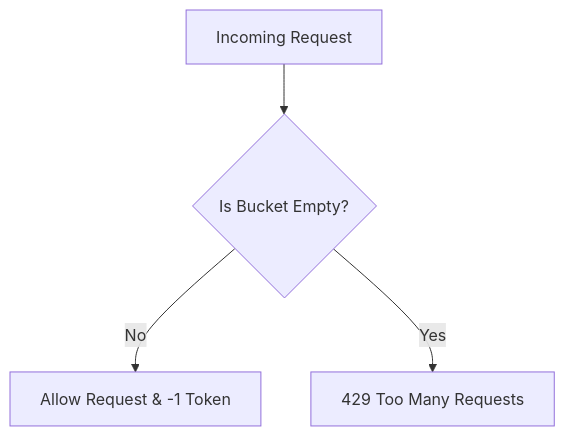
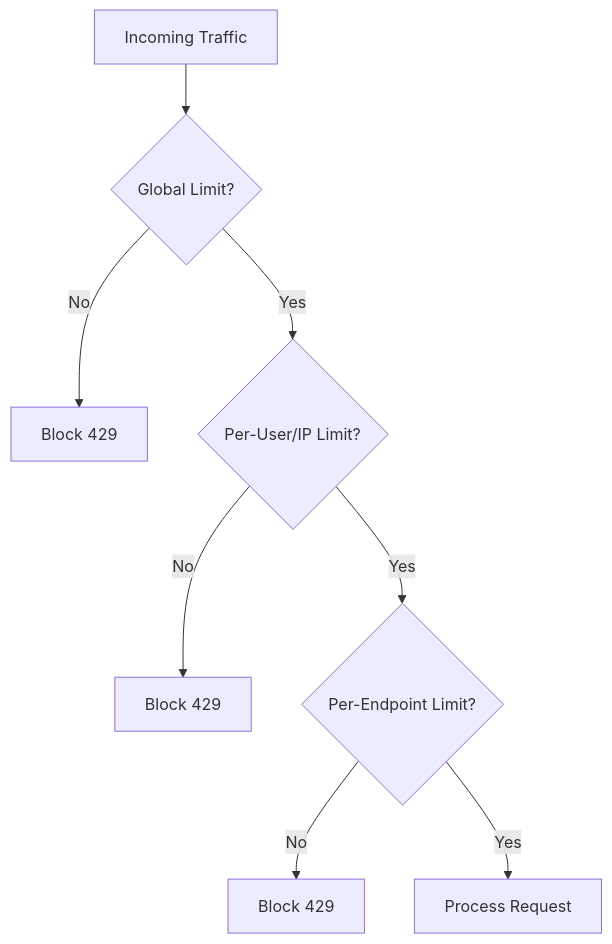
Diagram 16 of 22 in README.md (pradiptapaul97/SYSTEM-DESIGN), drawn with Mermaid before and after one commit. The commit also changed other lines of this file and 7 other files, not shown here.

````diff
--- a/README.md
+++ b/README.md
@@ -1191,6 +1193,10 @@
 ```mermaid
-flowchart TD
-    Request[Incoming Request] --> Bucket{Is Bucket Empty?}
-    Bucket -- No --> Allow[Allow Request & -1 Token]
-    Bucket -- Yes --> Block[429 Too Many Requests]
+graph TD
+    A[Incoming Traffic] --> B{Global Limit?}
+    B -- No --> C[Block 429]
+    B -- Yes --> D{Per-User/IP Limit?}
+    D -- No --> E[Block 429]
+    D -- Yes --> F{Per-Endpoint Limit?}
+    F -- No --> G[Block 429]
+    F -- Yes --> H[Process Request]
 ```
````
